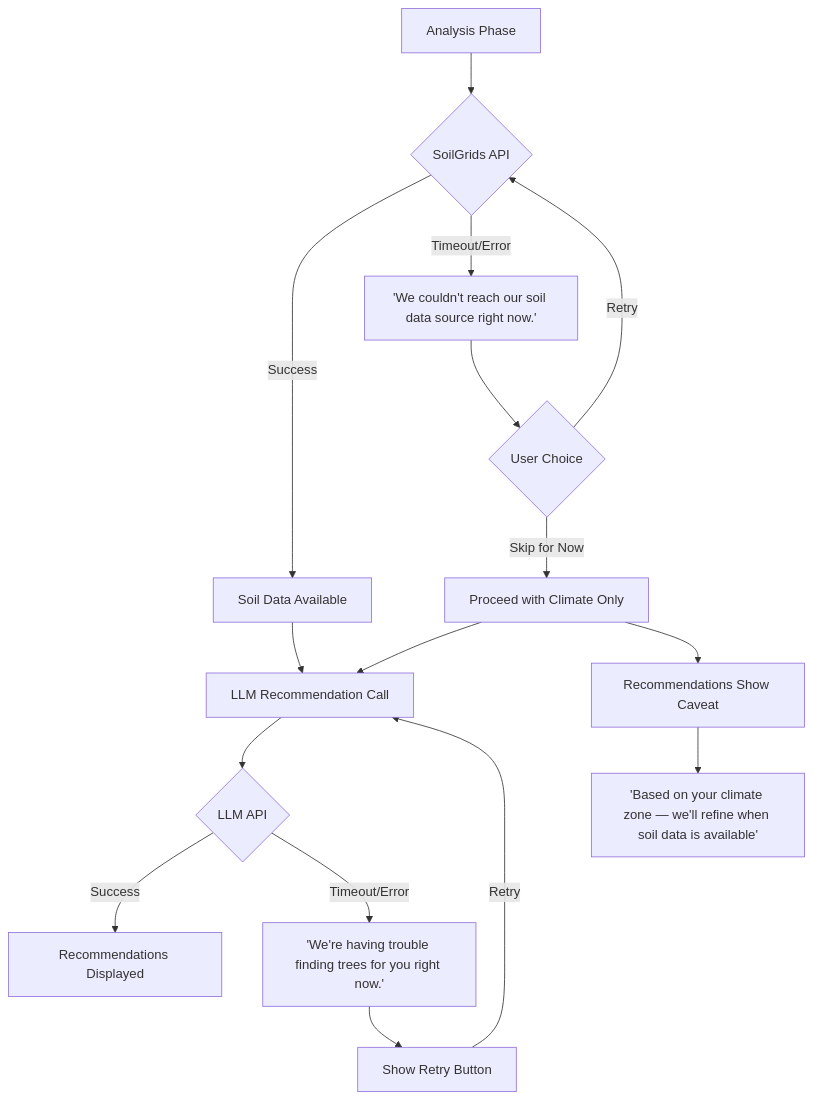
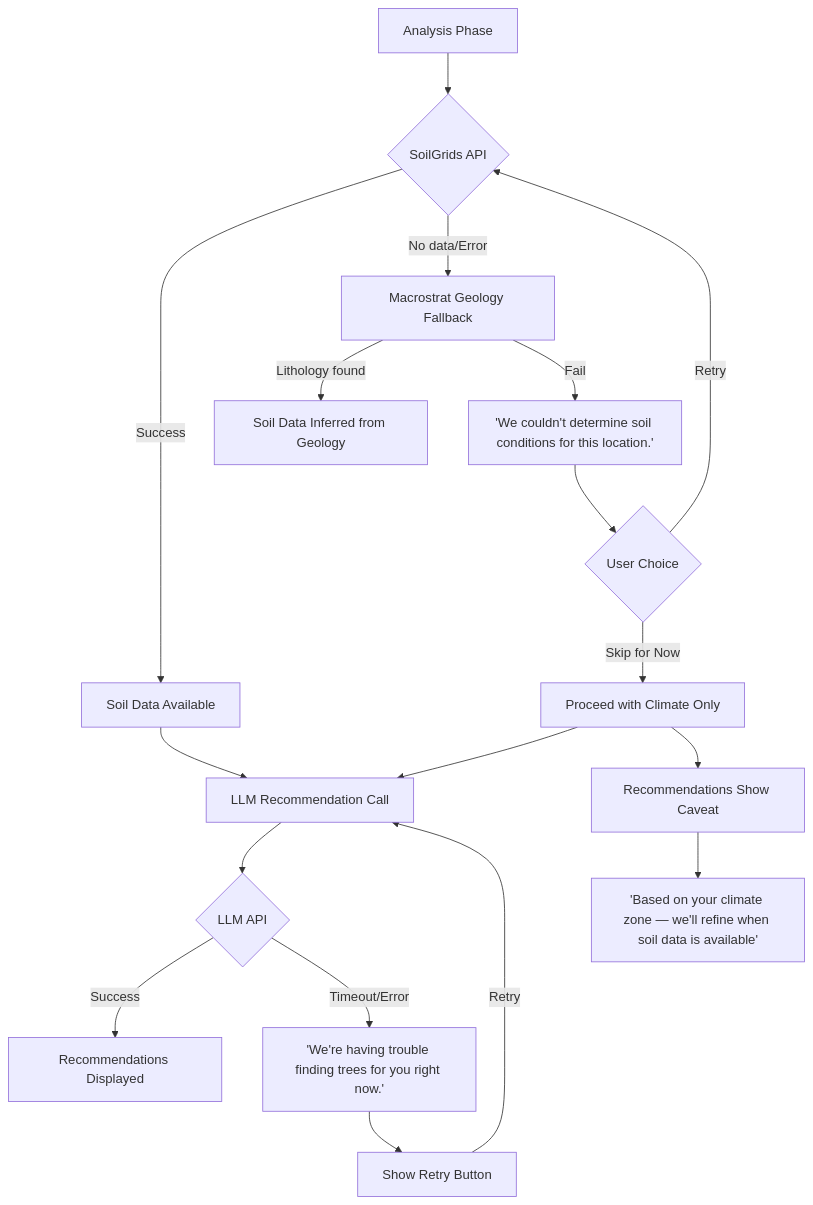
Before and after one commit to kimzed/tree_manager_app: the fourth of 4 diagrams in _bmad-output/planning-artifacts/ux-design-specification.md, drawn with Mermaid. The commit also changed other lines of this file and 20 other files, not shown here.

````diff
--- a/_bmad-output/planning-artifacts/ux-design-specification.md
+++ b/_bmad-output/planning-artifacts/ux-design-specification.md
@@ -518,18 +521,20 @@
 ```mermaid
 flowchart TD
     A[Analysis Phase] --> B{SoilGrids API}
     B -->|Success| C[Soil Data Available]
-    B -->|Timeout/Error| D["'We couldn't reach our soil data source right now.'"]
+    B -->|No data/Error| B2[Macrostrat Geology Fallback]
+    B2 -->|Lithology found| C2[Soil Data Inferred from Geology]
+    B2 -->|Fail| D["'We couldn't determine soil conditions for this location.'"]
     D --> E{User Choice}
     E -->|Retry| B
     E -->|Skip for Now| F[Proceed with Climate Only]
     C --> G[LLM Recommendation Call]
     F --> G
     G --> H{LLM API}
     H -->|Success| I[Recommendations Displayed]
     H -->|Timeout/Error| J["'We're having trouble finding trees for you right now.'"]
     J --> K[Show Retry Button]
     K -->|Retry| G
     F --> L[Recommendations Show Caveat]
     L --> L1["'Based on your climate zone — we'll refine when soil data is available'"]
 ```
````
